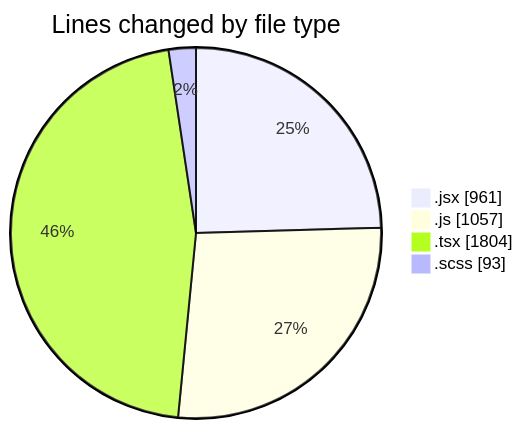
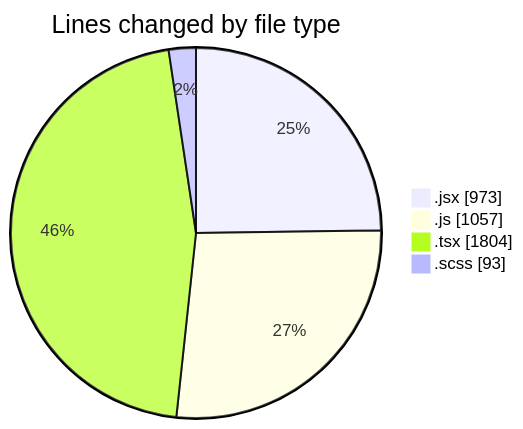
Before and after one commit to momahboobian/code-tracking: the first of 2 diagrams in 2026-02-12/cda/README.md, drawn with Mermaid. The commit also changed other lines of this file and 1 other file, not shown here.

````diff
--- a/2026-02-12/cda/README.md
+++ b/2026-02-12/cda/README.md
@@ -33,8 +33,8 @@
 ```mermaid
 pie showData
 title Lines changed by file type
-".jsx" : 961
+".jsx" : 973
 ".js" : 1057
 ".tsx" : 1804
 ".scss" : 93
 ```
````
